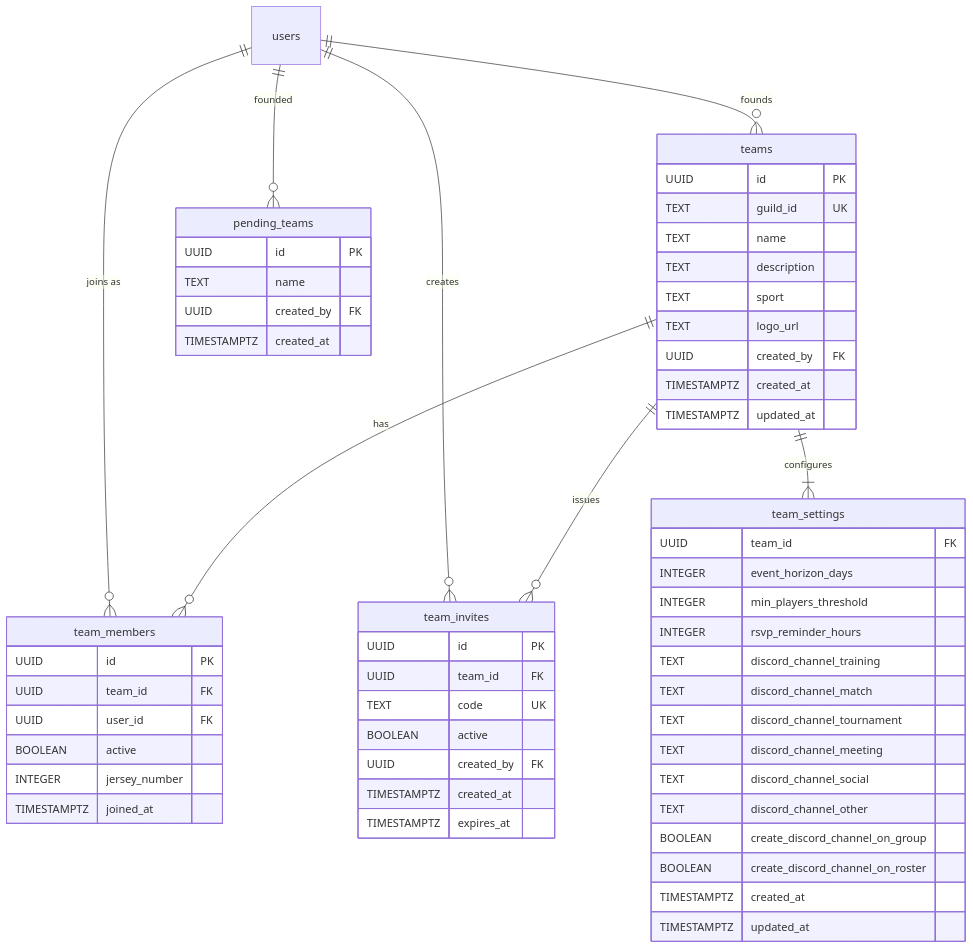
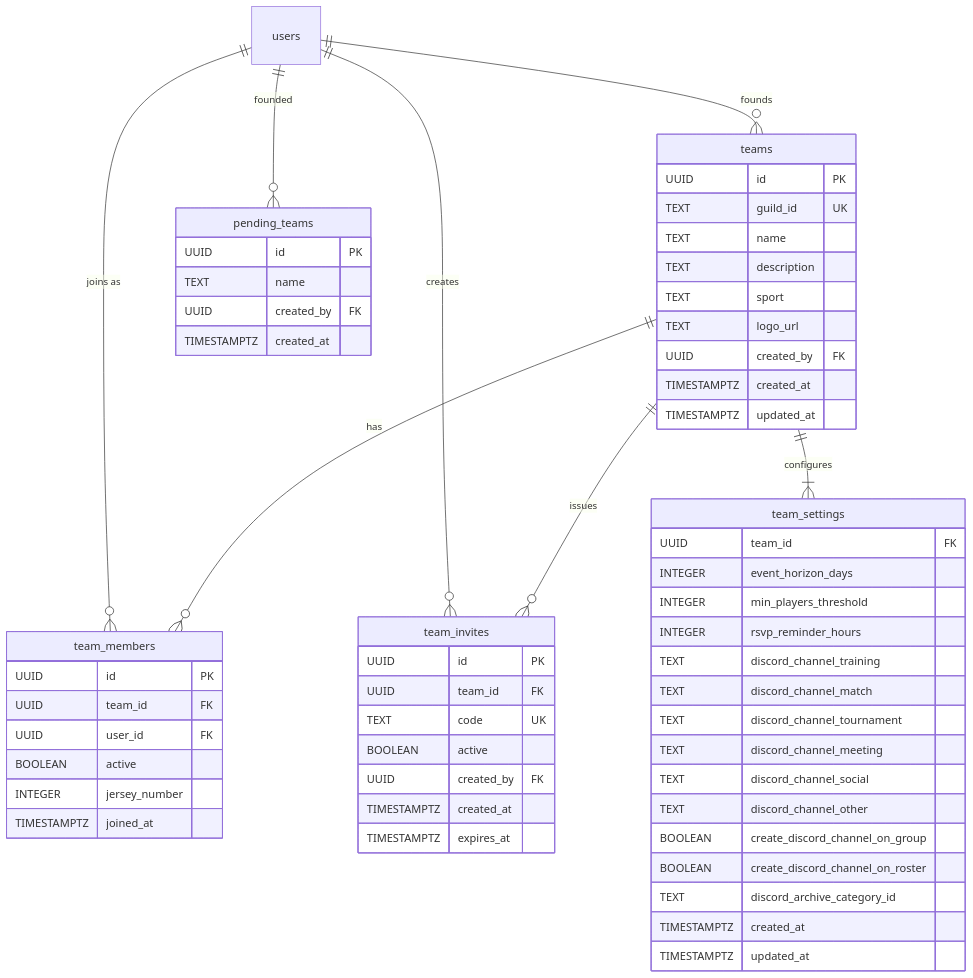
The third of 12 diagrams in docs/thesis/er-diagram.md (maxa-ondrej/sideline), drawn with Mermaid before and after one commit. The commit also changed other lines of this file and 25 other files, not shown here.

First line of the commit message:
Move Discord channels to archive category on group deletion or roster deactivation

````diff
--- a/docs/thesis/er-diagram.md
+++ b/docs/thesis/er-diagram.md
@@ -143,65 +143,66 @@
 ```mermaid
 erDiagram
     teams {
         UUID id PK
         TEXT guild_id UK
         TEXT name
         TEXT description
         TEXT sport
         TEXT logo_url
         UUID created_by FK
         TIMESTAMPTZ created_at
         TIMESTAMPTZ updated_at
     }
 
     team_members {
         UUID id PK
         UUID team_id FK
         UUID user_id FK
         BOOLEAN active
         INTEGER jersey_number
         TIMESTAMPTZ joined_at
     }
 
     team_invites {
         UUID id PK
         UUID team_id FK
         TEXT code UK
         BOOLEAN active
         UUID created_by FK
         TIMESTAMPTZ created_at
         TIMESTAMPTZ expires_at
     }
 
     team_settings {
         UUID team_id FK
         INTEGER event_horizon_days
         INTEGER min_players_threshold
         INTEGER rsvp_reminder_hours
         TEXT discord_channel_training
         TEXT discord_channel_match
         TEXT discord_channel_tournament
         TEXT discord_channel_meeting
         TEXT discord_channel_social
         TEXT discord_channel_other
         BOOLEAN create_discord_channel_on_group
         BOOLEAN create_discord_channel_on_roster
+        TEXT discord_archive_category_id
         TIMESTAMPTZ created_at
         TIMESTAMPTZ updated_at
     }
 
     pending_teams {
         UUID id PK
         TEXT name
         UUID created_by FK
         TIMESTAMPTZ created_at
     }
 
     users ||--o{ teams : "founds"
     users ||--o{ team_members : "joins as"
     users ||--o{ team_invites : "creates"
     users ||--o{ pending_teams : "founded"
     teams ||--o{ team_members : "has"
     teams ||--o{ team_invites : "issues"
     teams ||--|{ team_settings : "configures"
 ```
````
